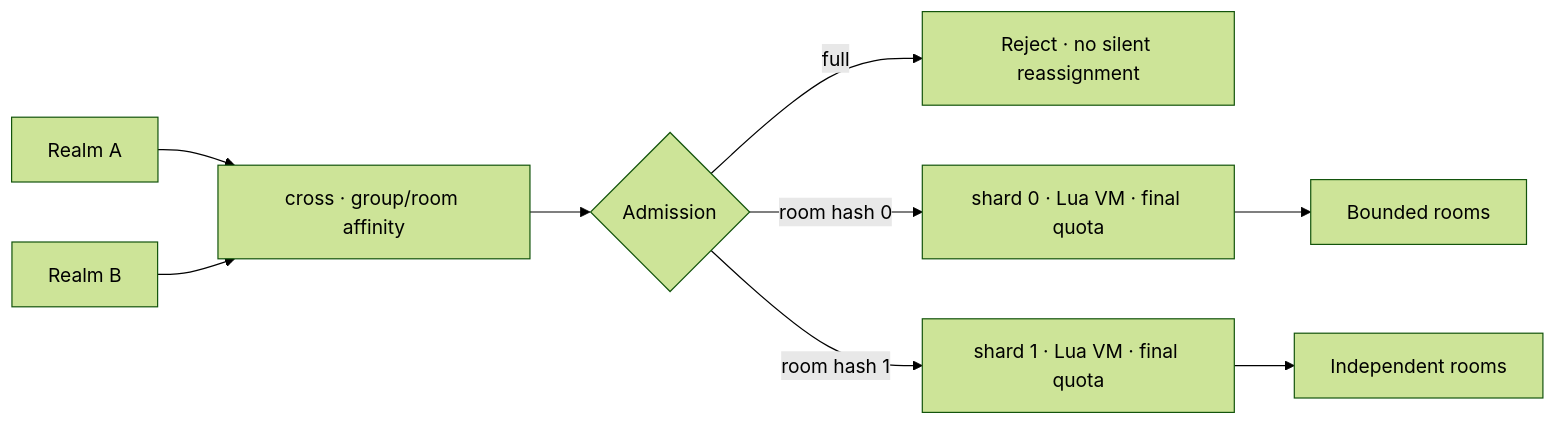
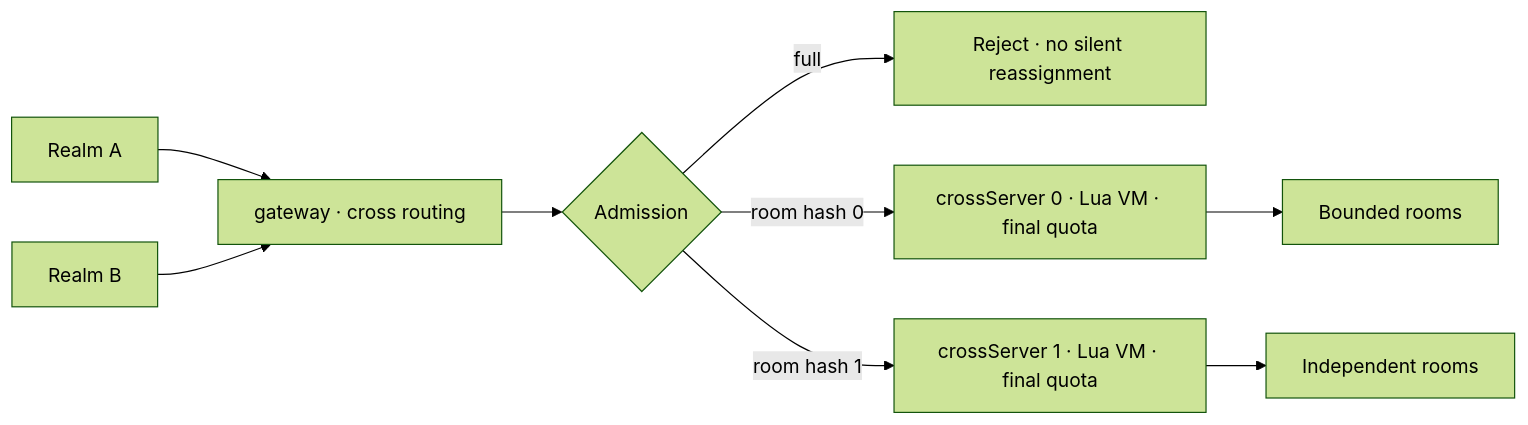
The diagram in docs/cross-server.md (cuihairu/mistlane), drawn with Mermaid (forest theme) before and after one commit. The commit also changed other lines of this file and 58 other files, not shown here.

````diff
--- a/docs/cross-server.md
+++ b/docs/cross-server.md
@@ -13,11 +16,11 @@
 ```mermaid
 flowchart LR
-  A["Realm A"] --> C["cross · group/room affinity"]
+  A["Realm A"] --> C["gateway · cross routing"]
   B["Realm B"] --> C
   C --> Q{"Admission"}
   Q -->|full| R["Reject · no silent reassignment"]
-  Q -->|room hash 0| S0["shard 0 · Lua VM · final quota"]
-  Q -->|room hash 1| S1["shard 1 · Lua VM · final quota"]
+  Q -->|room hash 0| S0["crossServer 0 · Lua VM · final quota"]
+  Q -->|room hash 1| S1["crossServer 1 · Lua VM · final quota"]
   S0 --> X["Bounded rooms"]
   S1 --> Y["Independent rooms"]
 ```
````
